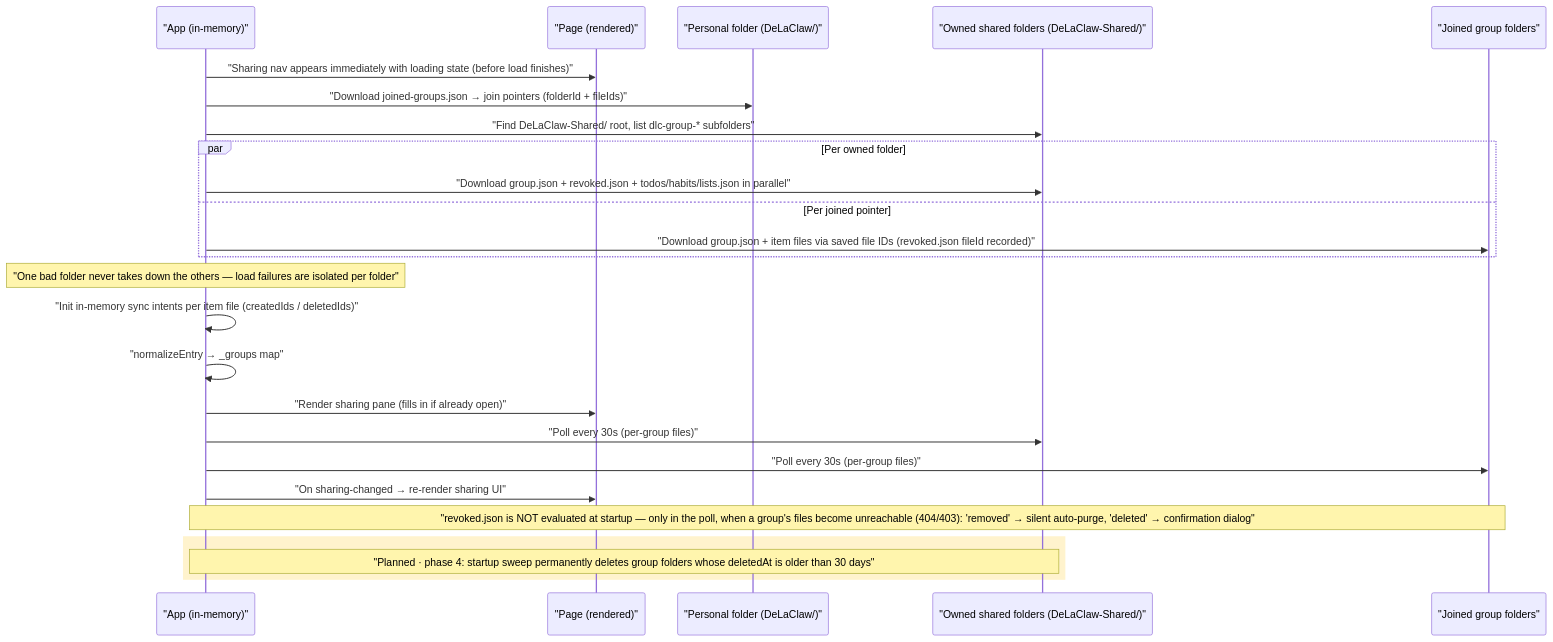
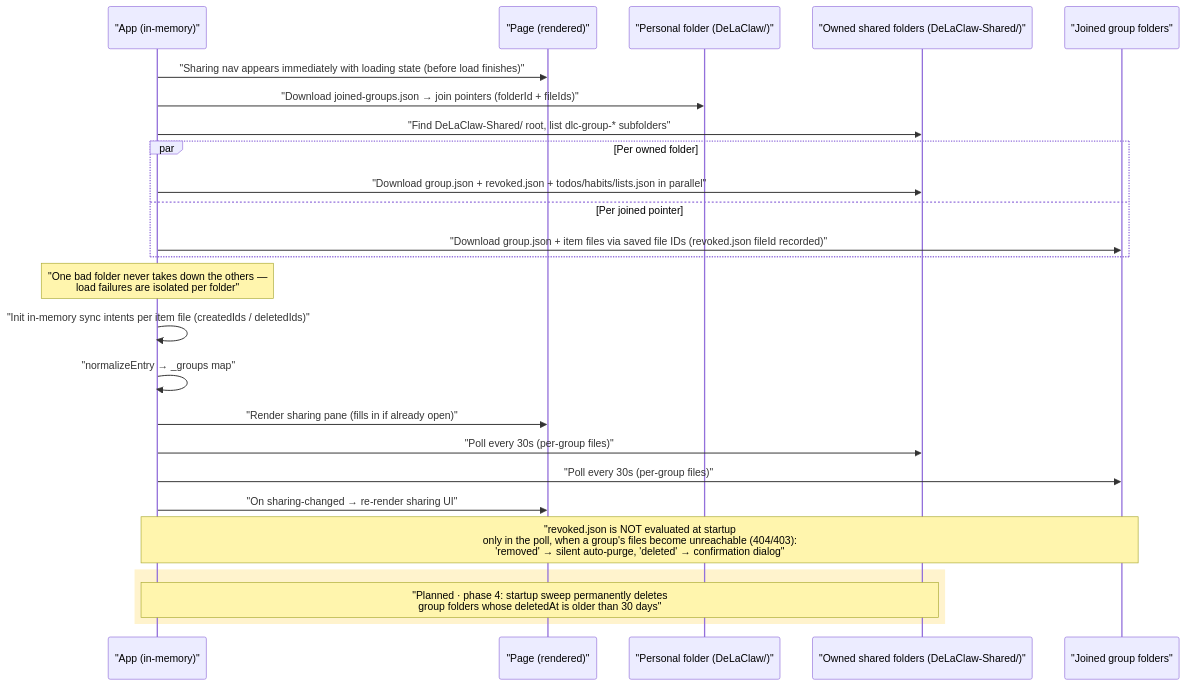
One commit to AntGro/DeLaClaw changed the third of 7 diagrams in docs-site/sync-architecture.md. Above: the diagram before and after it, drawn with Mermaid. The commit also changed other lines of this file and 5 other files, not shown here.

First line of the commit message:
docs(sync): wrap long sequence-diagram notes onto multiple lines

````diff
--- a/docs-site/sync-architecture.md
+++ b/docs-site/sync-architecture.md
@@ -85,33 +85,33 @@
 ```mermaid
 sequenceDiagram
     participant App as "App (in-memory)"
     participant Page as "Page (rendered)"
     participant PF as "Personal folder (DeLaClaw/)"
     participant OWN as "Owned shared folders (DeLaClaw-Shared/)"
     participant JOIN as "Joined group folders"
 
     App->>Page: "Sharing nav appears immediately with loading state (before load finishes)"
     App->>PF: "Download joined-groups.json → join pointers (folderId + fileIds)"
     App->>OWN: "Find DeLaClaw-Shared/ root, list dlc-group-* subfolders"
 
     par Per owned folder
         App->>OWN: "Download group.json + revoked.json + todos/habits/lists.json in parallel"
     and Per joined pointer
         App->>JOIN: "Download group.json + item files via saved file IDs (revoked.json fileId recorded)"
     end
 
-    Note over App: "One bad folder never takes down the others — load failures are isolated per folder"
+    Note over App: "One bad folder never takes down the others —<br/>load failures are isolated per folder"
 
     App->>App: "Init in-memory sync intents per item file (createdIds / deletedIds)"
     App->>App: "normalizeEntry → _groups map"
     App->>Page: "Render sharing pane (fills in if already open)"
     App->>OWN: "Poll every 30s (per-group files)"
     App->>JOIN: "Poll every 30s (per-group files)"
     App->>Page: "On sharing-changed → re-render sharing UI"
 
-    Note over App,JOIN: "revoked.json is NOT evaluated at startup — only in the poll, when a group's files become unreachable (404/403): 'removed' → silent auto-purge, 'deleted' → confirmation dialog"
+    Note over App,JOIN: "revoked.json is NOT evaluated at startup<br/>only in the poll, when a group's files become unreachable (404/403):<br/>'removed' → silent auto-purge, 'deleted' → confirmation dialog"
 
     rect rgb(255, 243, 205)
-    Note over App,OWN: "Planned · phase 4: startup sweep permanently deletes group folders whose deletedAt is older than 30 days"
+    Note over App,OWN: "Planned · phase 4: startup sweep permanently deletes<br/>group folders whose deletedAt is older than 30 days"
     end
 ```
````
